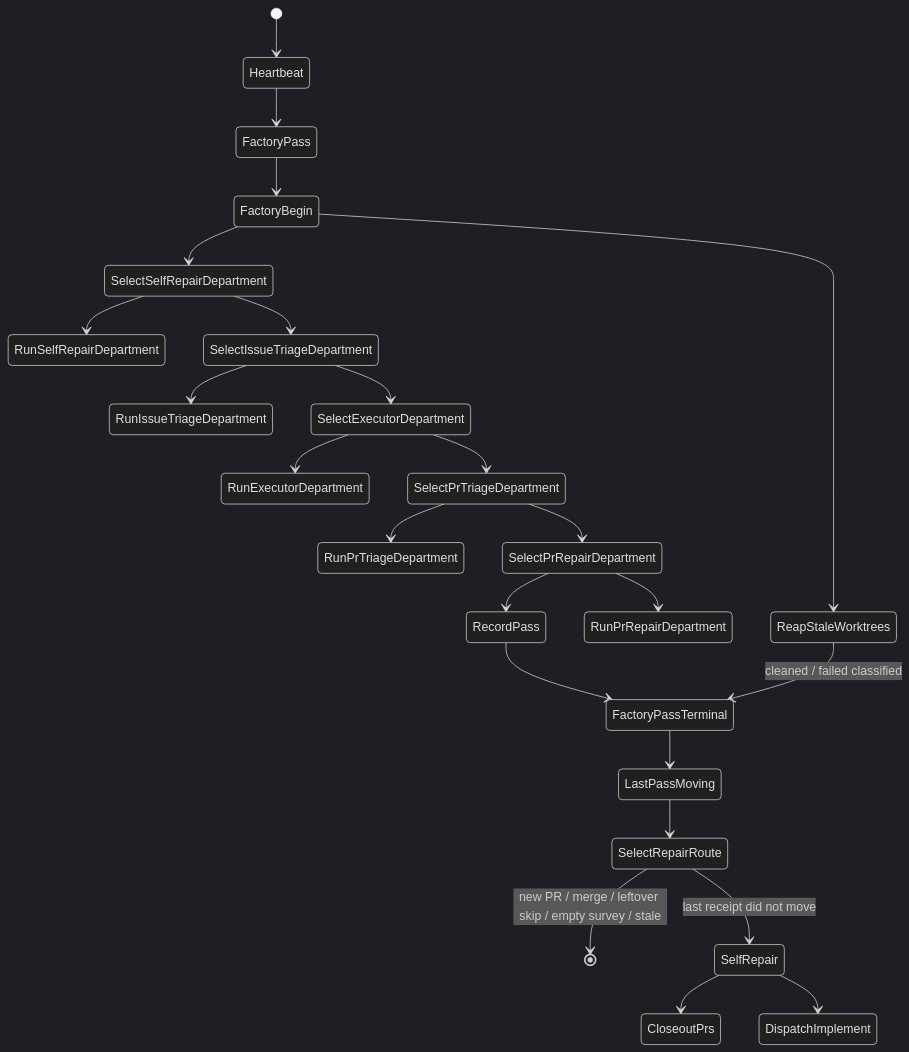
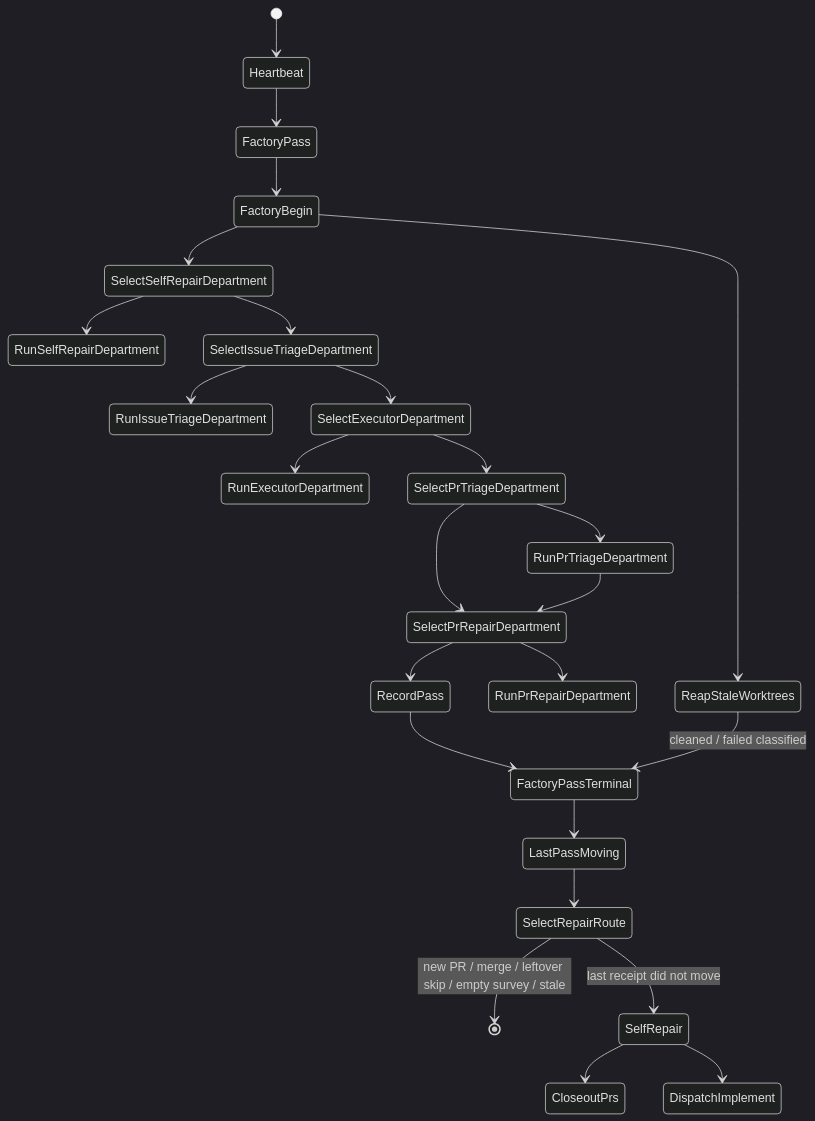
One commit to mikolaj92/lokay changed the first of 47 diagrams in README.md. Above: the diagram before and after it, drawn with Mermaid (dark theme). The commit also changed 9 other files, not shown here.

First line of the commit message:
Feed the PR sieve verdict into the repair department

````diff
--- a/README.md
+++ b/README.md
@@ -79,26 +79,27 @@
 ```mermaid
 stateDiagram-v2
     [*] --> Heartbeat
     Heartbeat --> FactoryPass
     FactoryPass --> FactoryBegin
     FactoryBegin --> ReapStaleWorktrees
     FactoryBegin --> SelectSelfRepairDepartment
     SelectSelfRepairDepartment --> RunSelfRepairDepartment
     SelectSelfRepairDepartment --> SelectIssueTriageDepartment
     SelectIssueTriageDepartment --> RunIssueTriageDepartment
     SelectIssueTriageDepartment --> SelectExecutorDepartment
     SelectExecutorDepartment --> RunExecutorDepartment
     SelectExecutorDepartment --> SelectPrTriageDepartment
     SelectPrTriageDepartment --> RunPrTriageDepartment
     SelectPrTriageDepartment --> SelectPrRepairDepartment
+    RunPrTriageDepartment --> SelectPrRepairDepartment
     SelectPrRepairDepartment --> RunPrRepairDepartment
     SelectPrRepairDepartment --> RecordPass
     RecordPass --> FactoryPassTerminal
     ReapStaleWorktrees --> FactoryPassTerminal: cleaned / failed classified
     FactoryPassTerminal --> LastPassMoving
     LastPassMoving --> SelectRepairRoute
     SelectRepairRoute --> [*]: new PR / merge / leftover skip / empty survey / stale
     SelectRepairRoute --> SelfRepair: last receipt did not move
     SelfRepair --> CloseoutPrs
     SelfRepair --> DispatchImplement
 ```
````
